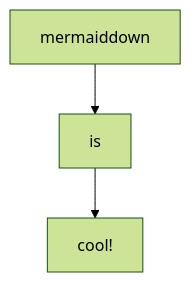
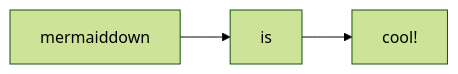
Before and after one commit to Zemnmez/mermaiddown: the diagram in _README.md, drawn with Mermaid (forest theme). The commit also changed other lines of this file and 2 other files, not shown here.

````diff
--- a/_README.md
+++ b/_README.md
@@ -10,12 +9,12 @@
 ```mermaid
 %%%% Example Diagram    %%%%
 %%%% assets/example.svg %%%%
-graph TD;
+graph LR;
     a["mermaiddown"];
     click a "#mermaiddown";
     b["is"];
     c["cool!"];
 
     a --> b;
     b --> c;
 ```
````
